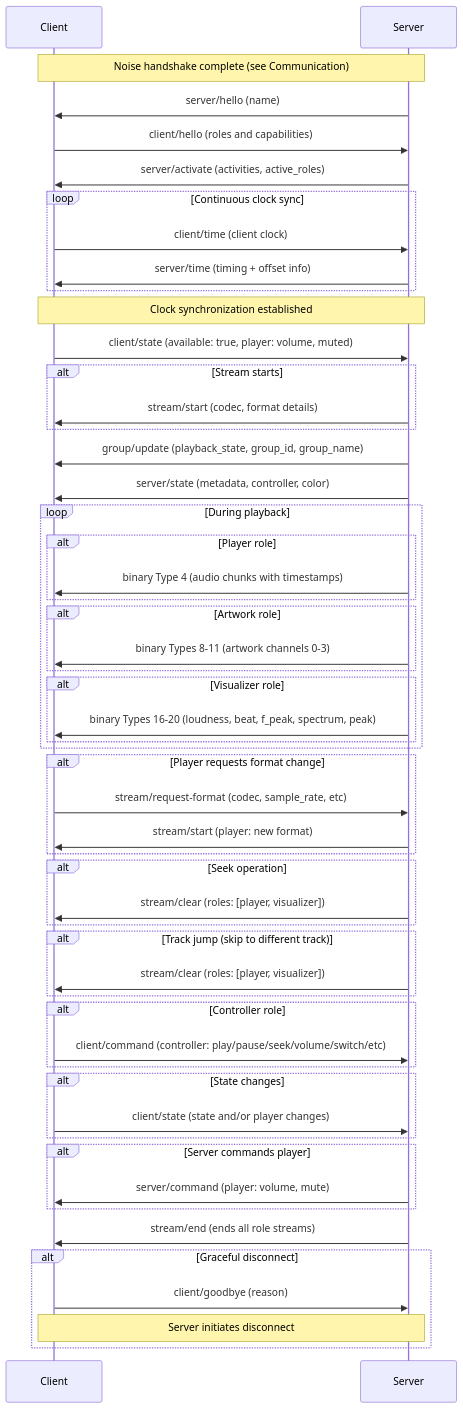
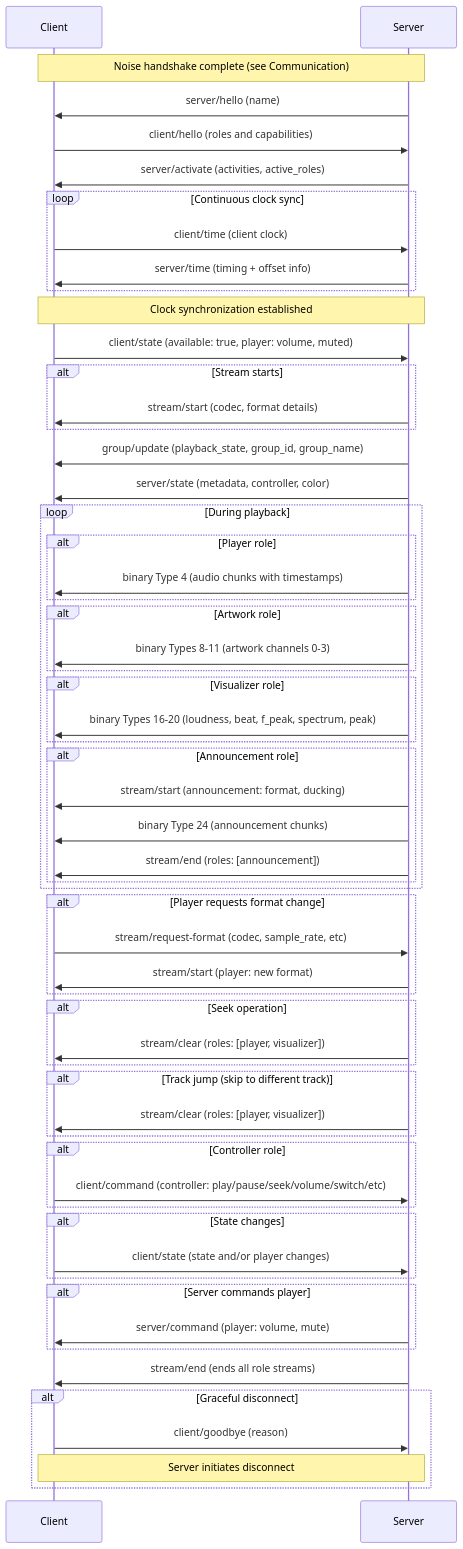
The diagram in template.md (Resonate-Protocol/spec), drawn with Mermaid before and after one commit. The commit also changed other lines of this file and 3 other files, not shown here.

Commit message:
Add announcement role (announcement@v1)

````diff
--- a/template.md
+++ b/template.md
@@ -18,70 +18,75 @@
 ```mermaid
 sequenceDiagram
     participant Client
     participant Server
 
     Note over Client,Server: Noise handshake complete (see Communication)
 
     Server->>Client: server/hello (name)
     Client->>Server: client/hello (roles and capabilities)
     Server->>Client: server/activate (activities, active_roles)
 
     loop Continuous clock sync
         Client->>Server: client/time (client clock)
         Server->>Client: server/time (timing + offset info)
     end
 
     Note over Client,Server: Clock synchronization established
     Client->>Server: client/state (available: true, player: volume, muted)
 
     alt Stream starts
         Server->>Client: stream/start (codec, format details)
     end
 
     Server->>Client: group/update (playback_state, group_id, group_name)
     Server->>Client: server/state (metadata, controller, color)
 
     loop During playback
         alt Player role
             Server->>Client: binary Type 4 (audio chunks with timestamps)
         end
         alt Artwork role
             Server->>Client: binary Types 8-11 (artwork channels 0-3)
         end
         alt Visualizer role
             Server->>Client: binary Types 16-20 (loudness, beat, f_peak, spectrum, peak)
         end
+        alt Announcement role
+            Server->>Client: stream/start (announcement: format, ducking)
+            Server->>Client: binary Type 24 (announcement chunks)
+            Server->>Client: stream/end (roles: [announcement])
+        end
     end
 
     alt Player requests format change
         Client->>Server: stream/request-format (codec, sample_rate, etc)
         Server->>Client: stream/start (player: new format)
     end
 
     alt Seek operation
         Server->>Client: stream/clear (roles: [player, visualizer])
     end
 
     alt Track jump (skip to different track)
         Server->>Client: stream/clear (roles: [player, visualizer])
     end
 
     alt Controller role
         Client->>Server: client/command (controller: play/pause/seek/volume/switch/etc)
     end
 
     alt State changes
         Client->>Server: client/state (state and/or player changes)
     end
 
     alt Server commands player
         Server->>Client: server/command (player: volume, mute)
     end
 
     Server->>Client: stream/end (ends all role streams)
 
     alt Graceful disconnect
         Client->>Server: client/goodbye (reason)
         Note over Client,Server: Server initiates disconnect
     end
 ```
````
